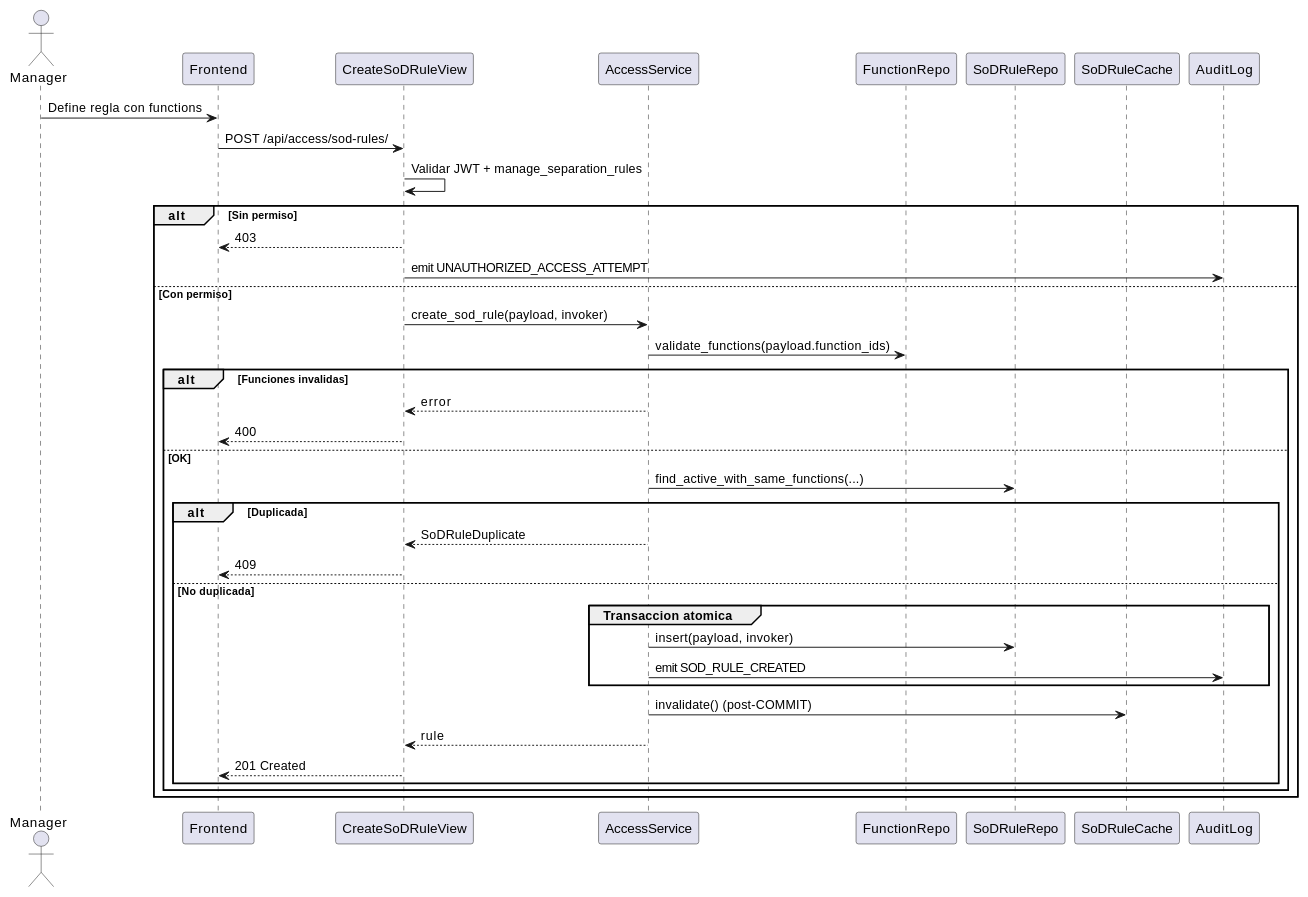
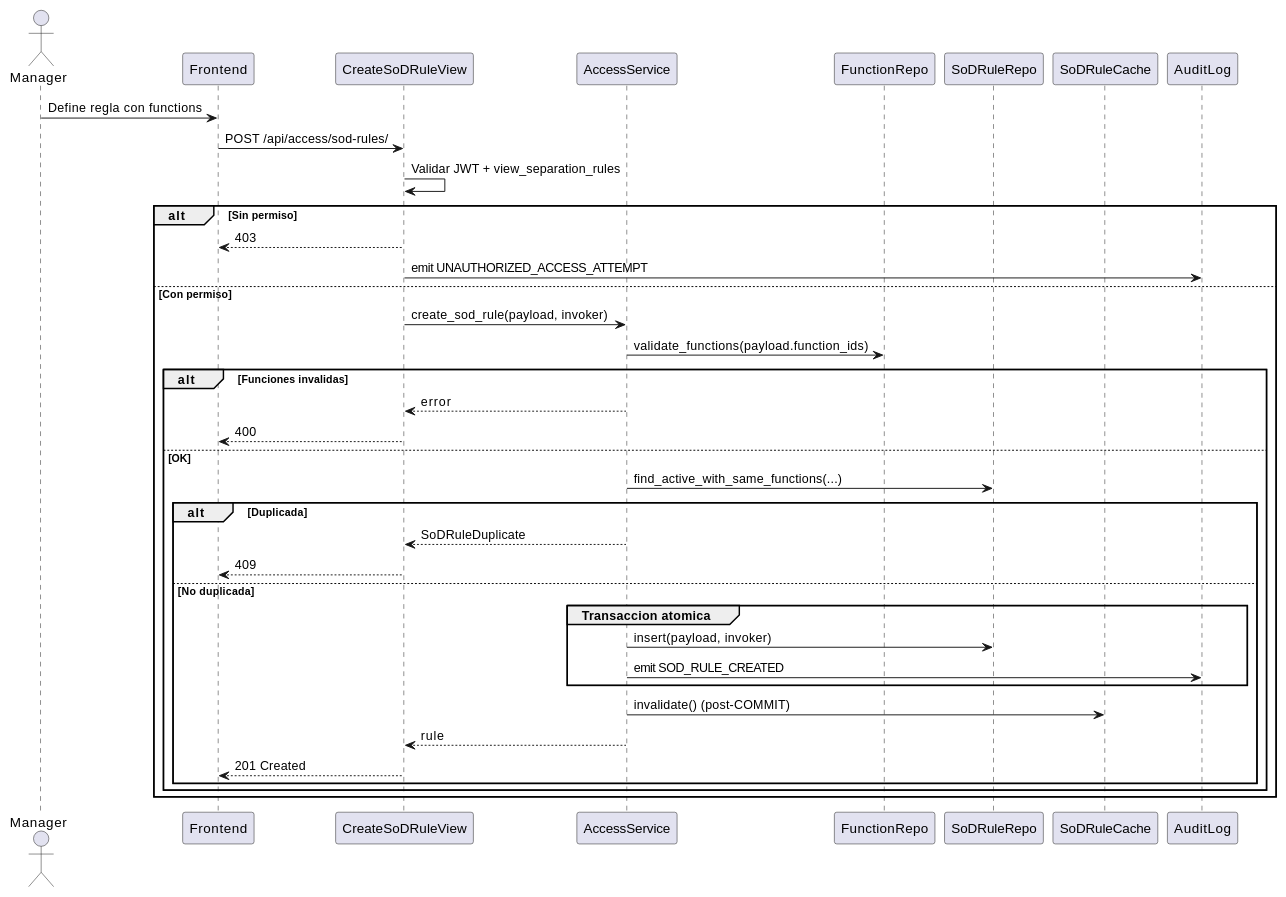
The second of 4 diagrams in source/requisitos/casos-uso/access/uc-acc-05/diagramas-uml.rst (jcg-admin/IACT-docs), drawn with PlantUML before and after one commit. The commit also changed other lines of this file and 157 other files, not shown here.

First line of the commit message:
Enforce catalog function names across all diagrams

```diff
--- a/source/requisitos/casos-uso/access/uc-acc-05/diagramas-uml.rst
+++ b/source/requisitos/casos-uso/access/uc-acc-05/diagramas-uml.rst
@@ -56,45 +56,45 @@
 .. uml::
  :caption: UC_ACC_05 sub-flujo 3.B
 
  @startuml
 
  actor Manager as M
  participant "Frontend" as FE
  participant "CreateSoDRuleView" as CV
  participant "AccessService" as AS
  participant "FunctionRepo" as FR
  participant "SoDRuleRepo" as SR
  participant "SoDRuleCache" as RC
  participant "AuditLog" as AL
 
  M -> FE: Define regla con functions
  FE -> CV: POST /api/access/sod-rules/
 
- CV -> CV: Validar JWT + manage_separation_rules
+ CV -> CV: Validar JWT + view_separation_rules
  alt Sin permiso
    CV --> FE: 403
    CV -> AL: emit UNAUTHORIZED_ACCESS_ATTEMPT
  else Con permiso
    CV -> AS: create_sod_rule(payload, invoker)
    AS -> FR: validate_functions(payload.function_ids)
    alt Funciones invalidas
      AS --> CV: error
      CV --> FE: 400
    else OK
      AS -> SR: find_active_with_same_functions(...)
      alt Duplicada
        AS --> CV: SoDRuleDuplicate
        CV --> FE: 409
      else No duplicada
        group Transaccion atomica
          AS -> SR: insert(payload, invoker)
          AS -> AL: emit SOD_RULE_CREATED
        end
        AS -> RC: invalidate() (post-COMMIT)
        AS --> CV: rule
        CV --> FE: 201 Created
      end
    end
  end
 
  @enduml
```
